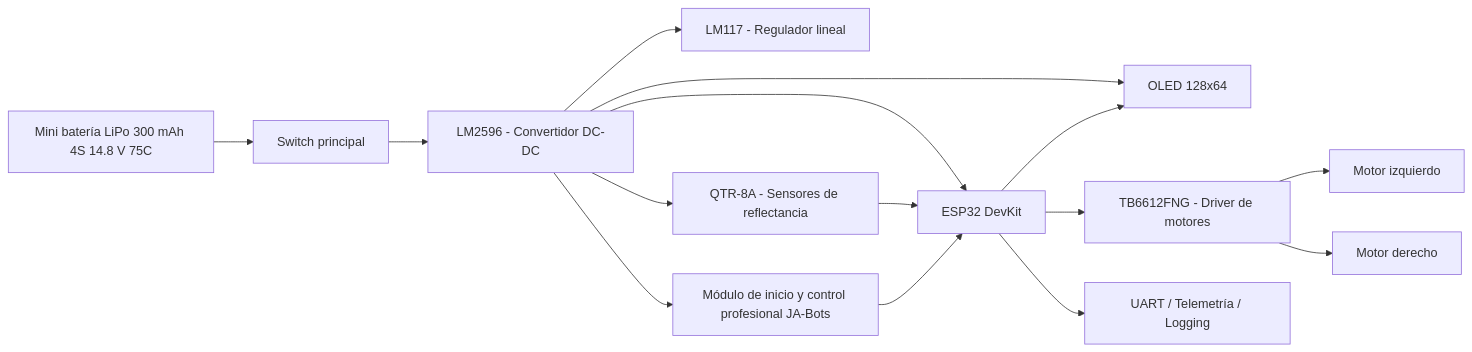
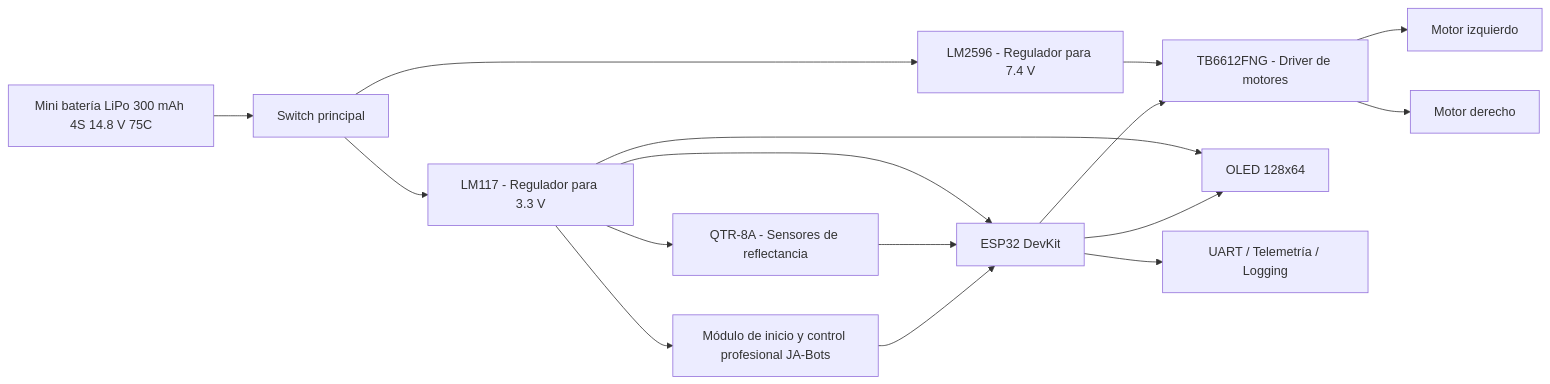
The diagram in docs/sistema.md (angelasanarc/Proyecto-SE-2026), drawn with Mermaid before and after one commit. The commit also changed other lines of this file, not shown here.

````diff
--- a/docs/sistema.md
+++ b/docs/sistema.md
@@ -52,17 +53,21 @@
 ```mermaid
 flowchart LR
     A[Mini batería LiPo 300 mAh 4S 14.8 V 75C] --> B[Switch principal]
-    B --> C[LM2596 - Convertidor DC-DC]
-    C --> D[LM117 - Regulador lineal]
-    C --> E[ESP32 DevKit]
-    C --> F[QTR-8A - Sensores de reflectancia]
-    C --> G[OLED 128x64]
-    C --> H[Módulo de inicio y control profesional JA-Bots]
-    E --> I[TB6612FNG - Driver de motores]
-    I --> J[Motor izquierdo]
-    I --> K[Motor derecho]
-    F --> E
+    B --> C[LM2596 - Regulador para 7.4 V]
+    B --> D[LM117 - Regulador para 3.3 V]
+
+    C --> E[TB6612FNG - Driver de motores]
+    E --> F[Motor izquierdo]
+    E --> G[Motor derecho]
+
+    D --> H[ESP32 DevKit]
+    D --> I[QTR-8A - Sensores de reflectancia]
+    D --> J[OLED 128x64]
+    D --> K[Módulo de inicio y control profesional JA-Bots]
+
+    I --> H
+    K --> H
     H --> E
-    E --> G
-    E --> L[UART / Telemetría / Logging]
+    H --> J
+    H --> L[UART / Telemetría / Logging]
 ```
````
